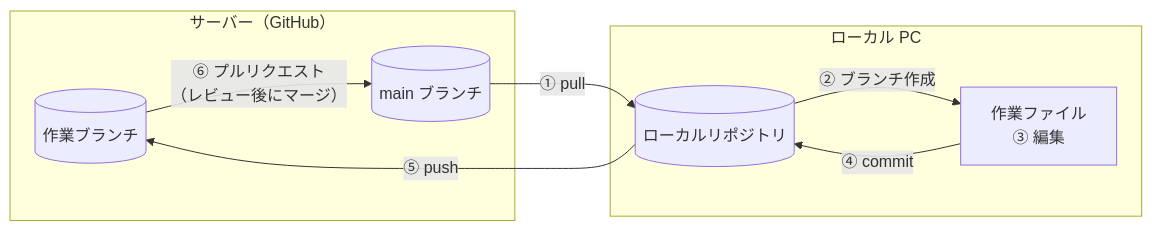
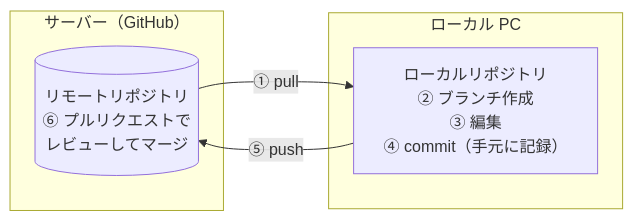
One commit to xclang-brain/document changed the diagram in svn-to-github-migration/diagrams/01-git-github-3.mmd. Above: the diagram before and after it, drawn with Mermaid. The commit also changed 1 other file, not shown here.

Commit message:
移行説明資料：1.4 の Git の図を修正
ブランチ作成をデータの流れの矢印として描いていた点、ブランチを
別々の保存場所のように描いていた点を修正。サーバーとローカル PC の
間を行き来するのは pull と push だけになるよう整理した。

Claude-Session: https://claude.ai/code/session_01P9fjH1UzaVXdMC2XXbQtP6

```diff
--- a/svn-to-github-migration/diagrams/01-git-github-3.mmd
+++ b/svn-to-github-migration/diagrams/01-git-github-3.mmd
@@ -1,10 +1,9 @@
 flowchart LR
     subgraph GH["サーバー（GitHub）"]
-        B[("作業ブランチ")] -->|"⑥ プルリクエスト<br/>（レビュー後にマージ）"| M[("main ブランチ")]
+        R[("リモートリポジトリ<br/>⑥ プルリクエストで<br/>レビューしてマージ")]
     end
     subgraph PC["ローカル PC"]
-        W["作業ファイル<br/>③ 編集"] -->|"④ commit"| L[("ローカルリポジトリ")]
-        L -->|"② ブランチ作成"| W
+        L["ローカルリポジトリ<br/>② ブランチ作成<br/>③ 編集<br/>④ commit（手元に記録）"]
     end
-    M -->|"① pull"| L
-    L -->|"⑤ push"| B
+    R -->|"① pull"| L
+    L -->|"⑤ push"| R
```
